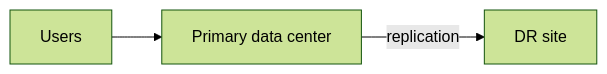
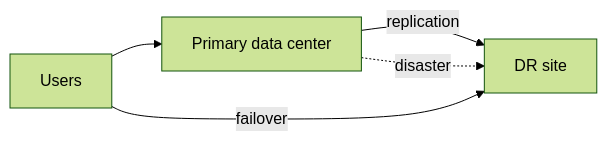
Before and after one commit to hareramcse/SystemDesign: diagram 17 of 21 in 12-reliability-engineering/README.md, drawn with Mermaid (forest theme). The commit also changed other lines of this file, not shown here.

````diff
--- a/12-reliability-engineering/README.md
+++ b/12-reliability-engineering/README.md
@@ -1205,5 +1005,7 @@
 ```mermaid
 flowchart LR
     Users[Users] --> Primary[Primary data center]
     Primary -->|replication| DR[DR site]
+    Primary -.->|disaster| DR
+    Users -->|failover| DR
 ```
````
